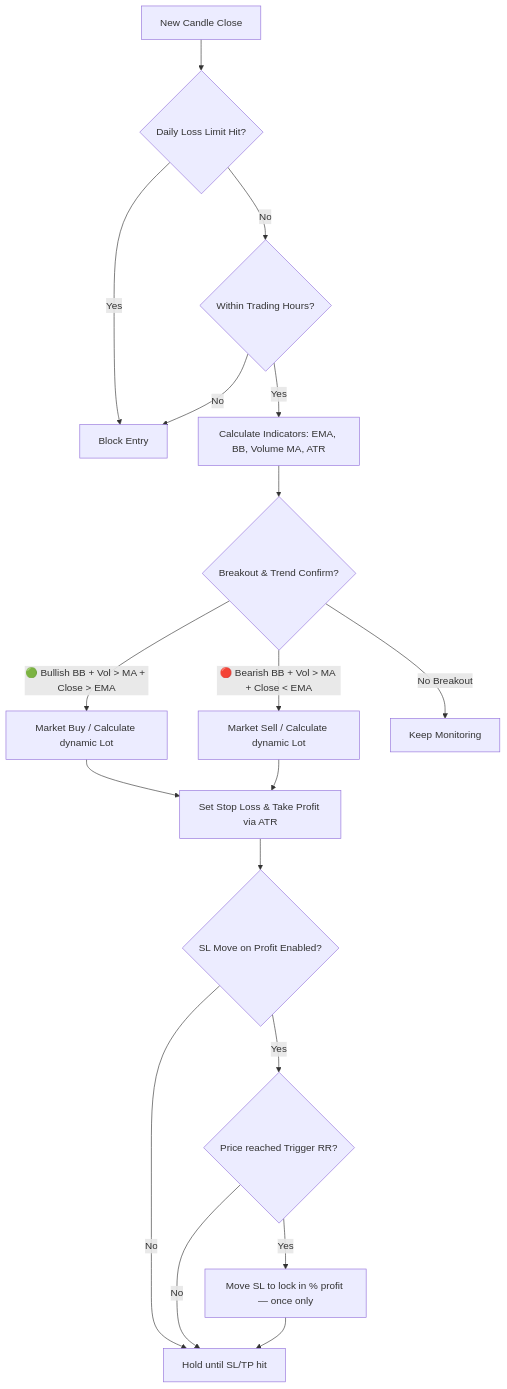
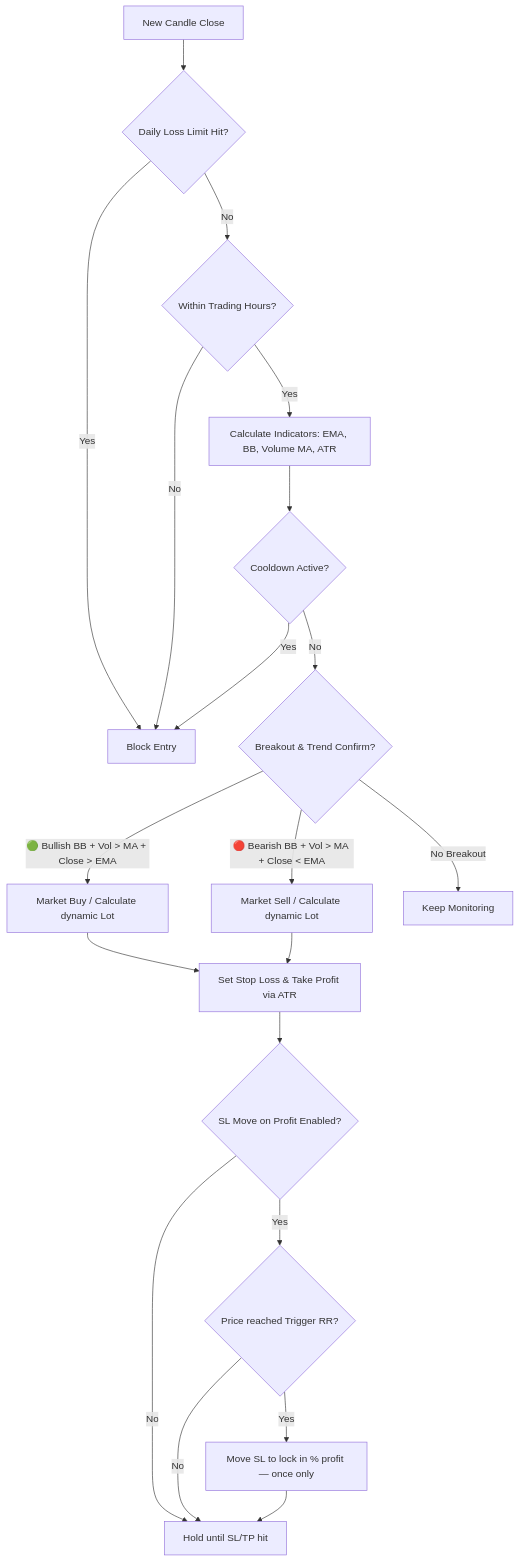
One commit to jzd101/breakout-follow-101 changed the first of 2 diagrams in README.md. Above: the diagram before and after it, drawn with Mermaid. The commit also changed other lines of this file and 2 other files, not shown here.

First line of the commit message:
feat: v1.06 — Cooldown Bars After Close/SL/TP

````diff
--- a/README.md
+++ b/README.md
@@ -55,20 +55,22 @@
 ```mermaid
 graph TD
     A[New Candle Close] --> B{Daily Loss Limit Hit?}
     B -- Yes --> C[Block Entry]
     B -- No --> D{Within Trading Hours?}
     D -- No --> C
     D -- Yes --> E[Calculate Indicators: EMA, BB, Volume MA, ATR]
-    E --> F{Breakout & Trend Confirm?}
+    E --> CC{Cooldown Active?}
+    CC -- Yes --> C
+    CC -- No --> F{Breakout & Trend Confirm?}
     F -- 🟢 Bullish BB + Vol > MA + Close > EMA --> G[Market Buy / Calculate dynamic Lot]
     F -- 🔴 Bearish BB + Vol > MA + Close < EMA --> H[Market Sell / Calculate dynamic Lot]
     F -- No Breakout --> I[Keep Monitoring]
     G --> J[Set Stop Loss & Take Profit via ATR]
     H --> J
     J --> K{SL Move on Profit Enabled?}
     K -- Yes --> L{Price reached Trigger RR?}
     K -- No --> M[Hold until SL/TP hit]
     L -- Yes --> N[Move SL to lock in % profit — once only]
     L -- No --> M
     N --> M
 ```
````
